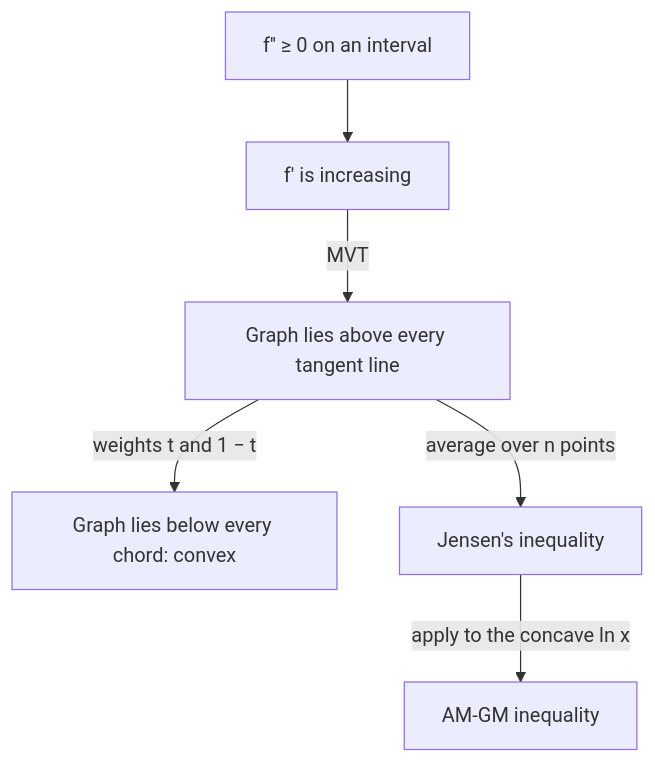
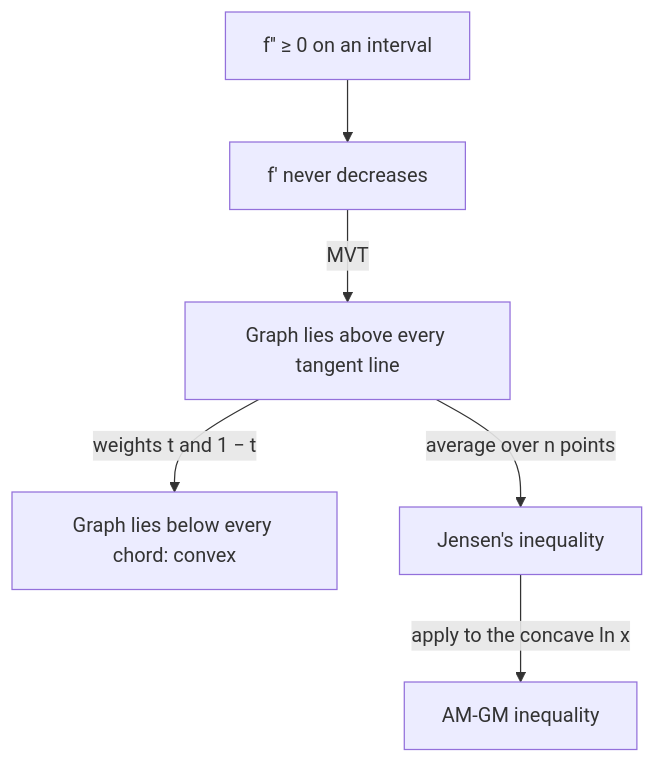
The diagram in content/math/calculus/lessons/20h2-convexity.md (Aziliz/erudior), drawn with Mermaid before and after one commit. The commit also changed other lines of this file and 6 other files, not shown here.

````diff
--- a/content/math/calculus/lessons/20h2-convexity.md
+++ b/content/math/calculus/lessons/20h2-convexity.md
@@ -103,10 +103,10 @@
 ```mermaid
 flowchart TD
   accTitle: From the second derivative to the classic inequalities
   accDescr: If f'' is at least 0 on an interval, then f' is increasing there. The Mean Value Theorem turns that into the tangent line inequality: the graph lies above every tangent line. Combining two tangent line inequalities with weights t and 1 minus t gives the chord definition of convexity. Averaging the tangent line inequality over n points gives Jensen's inequality, and Jensen's inequality for the concave function ln x gives the AM-GM inequality.
-  A["f'' ≥ 0 on an interval"] --> B["f' is increasing"]
+  A["f'' ≥ 0 on an interval"] --> B["f' never decreases"]
   B -- "MVT" --> T["Graph lies above every tangent line"]
   T -- "weights t and 1 − t" --> C["Graph lies below every chord: convex"]
   T -- "average over n points" --> J["Jensen's inequality"]
   J -- "apply to the concave ln x" --> AG["AM-GM inequality"]
 ```
````
